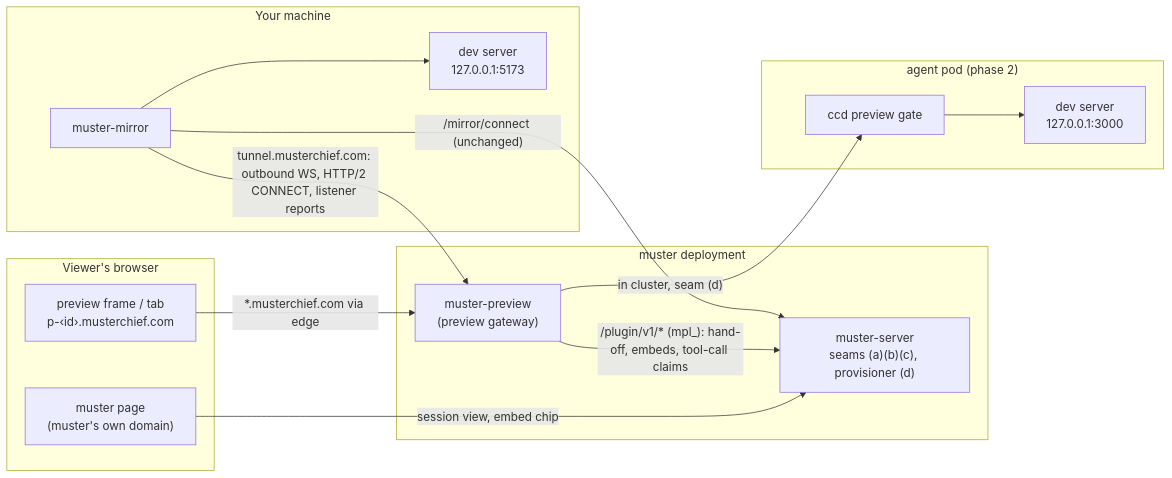
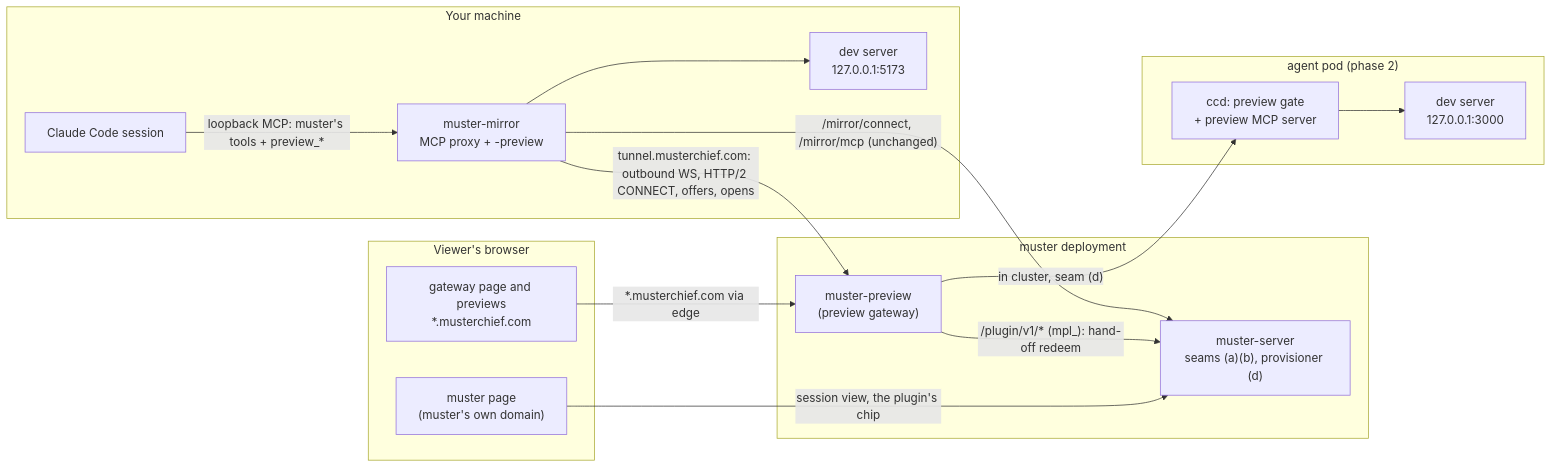
One commit to ZacxDev/muster changed the diagram in docs/design/previews.md. Above: the diagram before and after it, drawn with Mermaid. The commit also changed other lines of this file and 1 other file, not shown here.

First line of the commit message:
docs(design): previews — apply the round-0 audit decisions

````diff
--- a/docs/design/previews.md
+++ b/docs/design/previews.md
@@ -214,26 +236,28 @@
 ```mermaid
 flowchart LR
   subgraph viewer["Viewer's browser"]
     page["muster page<br/>(muster's own domain)"]
-    frame["preview frame / tab<br/>p-‹id›.musterchief.com"]
+    frame["gateway page and previews<br/>*.musterchief.com"]
   end
   subgraph core["muster deployment"]
-    muster["muster-server<br/>seams (a)(b)(c), provisioner (d)"]
+    muster["muster-server<br/>seams (a)(b), provisioner (d)"]
     gw["muster-preview<br/>(preview gateway)"]
   end
   subgraph host["Your machine"]
-    mm["muster-mirror"]
+    cc["Claude Code session"]
+    mm["muster-mirror<br/>MCP proxy + -preview"]
     app["dev server<br/>127.0.0.1:5173"]
   end
   subgraph cluster["agent pod (phase 2)"]
-    gate["ccd preview gate"]
+    gate["ccd: preview gate<br/>+ preview MCP server"]
     app2["dev server<br/>127.0.0.1:3000"]
   end
-  page -->|"session view, embed chip"| muster
+  page -->|"session view, the plugin's chip"| muster
   frame -->|"*.musterchief.com via edge"| gw
-  gw -->|"/plugin/v1/* (mpl_): hand-off, embeds, tool-call claims"| muster
-  mm -->|"/mirror/connect (unchanged)"| muster
-  mm -->|"tunnel.musterchief.com: outbound WS, HTTP/2 CONNECT, listener reports"| gw
+  gw -->|"/plugin/v1/* (mpl_): hand-off redeem"| muster
+  cc -->|"loopback MCP: muster's tools + preview_*"| mm
+  mm -->|"/mirror/connect, /mirror/mcp (unchanged)"| muster
+  mm -->|"tunnel.musterchief.com: outbound WS, HTTP/2 CONNECT, offers, opens"| gw
   mm --> app
   gw -->|"in cluster, seam (d)"| gate --> app2
 ```
````
